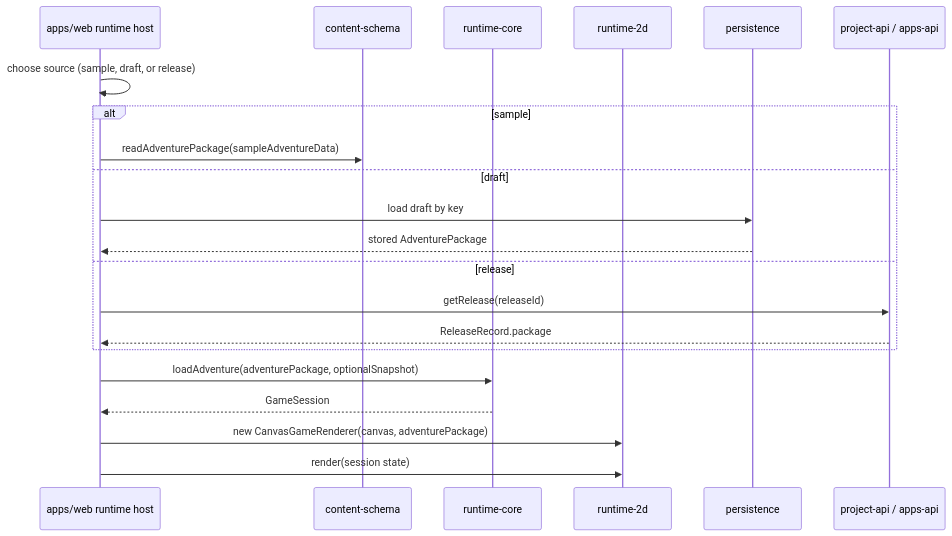
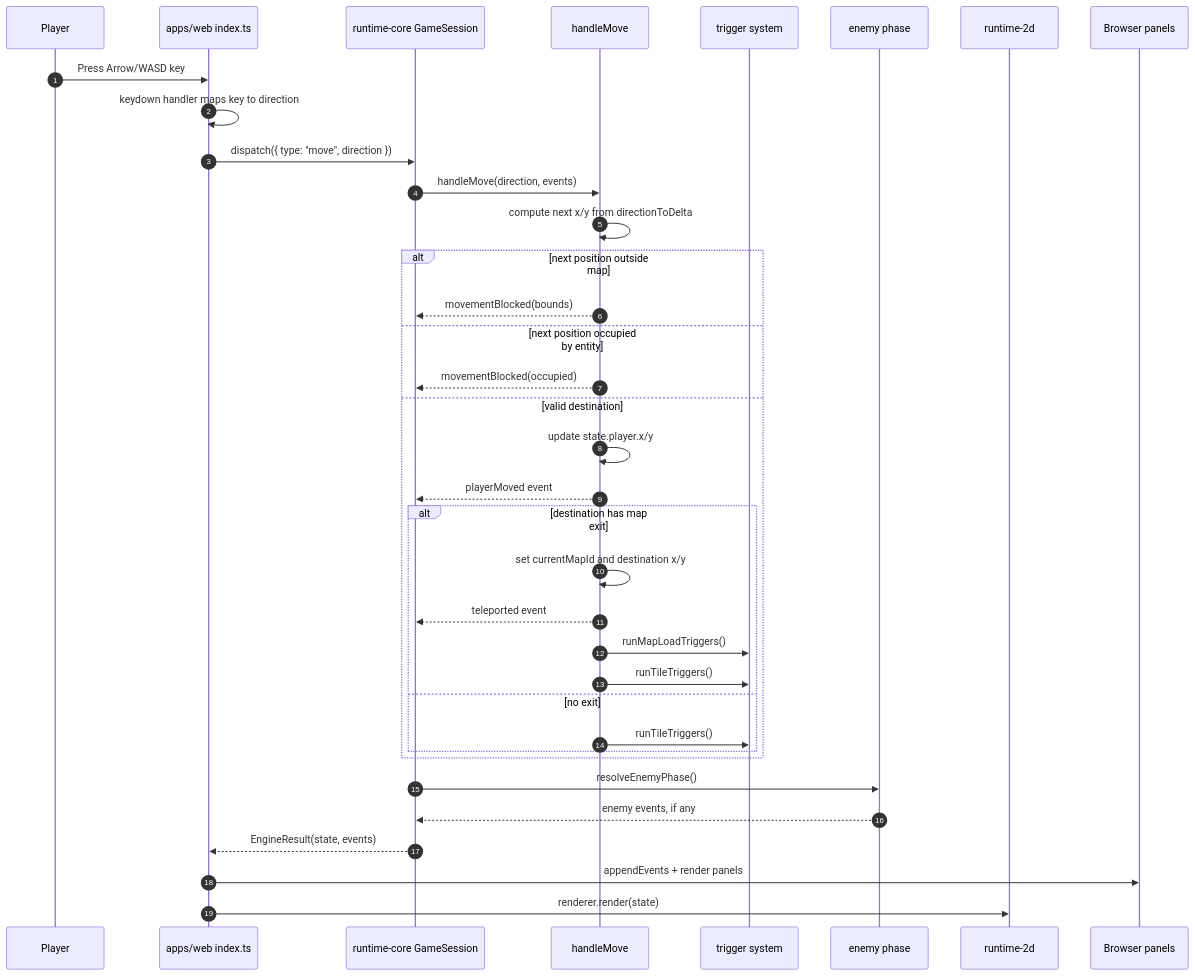
One commit to ianohlander/ACS changed the fourth of 13 diagrams in docs/system-reference.md. Above: the diagram before and after it, drawn with Mermaid. The commit also changed other lines of this file and 9 other files, not shown here.

Commit message:
Polish system reference documentation graphics

````diff
--- a/docs/system-reference.md
+++ b/docs/system-reference.md
@@ -196,24 +133,39 @@
 ```mermaid
 sequenceDiagram
-    participant Browser as apps/web runtime host
-    participant Schema as content-schema
-    participant Engine as runtime-core
+    autonumber
+    participant User as Player
+    participant Browser as apps/web index.ts
+    participant Session as runtime-core GameSession
+    participant Move as handleMove
+    participant Triggers as trigger system
+    participant Enemy as enemy phase
     participant Renderer as runtime-2d
-    participant Persist as persistence
-    participant API as project-api / apps-api
+    participant DOM as Browser panels
 
-    Browser->>Browser: choose source (sample, draft, or release)
-    alt sample
-      Browser->>Schema: readAdventurePackage(sampleAdventureData)
-    else draft
-      Browser->>Persist: load draft by key
-      Persist-->>Browser: stored AdventurePackage
-    else release
-      Browser->>API: getRelease(releaseId)
-      API-->>Browser: ReleaseRecord.package
+    User->>Browser: Press Arrow/WASD key
+    Browser->>Browser: keydown handler maps key to direction
+    Browser->>Session: dispatch({ type: "move", direction })
+    Session->>Move: handleMove(direction, events)
+    Move->>Move: compute next x/y from directionToDelta
+    alt next position outside map
+        Move-->>Session: movementBlocked(bounds)
+    else next position occupied by entity
+        Move-->>Session: movementBlocked(occupied)
+    else valid destination
+        Move->>Move: update state.player.x/y
+        Move-->>Session: playerMoved event
+        alt destination has map exit
+            Move->>Move: set currentMapId and destination x/y
+            Move-->>Session: teleported event
+            Move->>Triggers: runMapLoadTriggers()
+            Move->>Triggers: runTileTriggers()
+        else no exit
+            Move->>Triggers: runTileTriggers()
+        end
     end
-    Browser->>Engine: loadAdventure(adventurePackage, optionalSnapshot)
-    Engine-->>Browser: GameSession
-    Browser->>Renderer: new CanvasGameRenderer(canvas, adventurePackage)
-    Browser->>Renderer: render(session state)
+    Session->>Enemy: resolveEnemyPhase()
+    Enemy-->>Session: enemy events, if any
+    Session-->>Browser: EngineResult(state, events)
+    Browser->>DOM: appendEvents + render panels
+    Browser->>Renderer: renderer.render(state)
 ```
````
